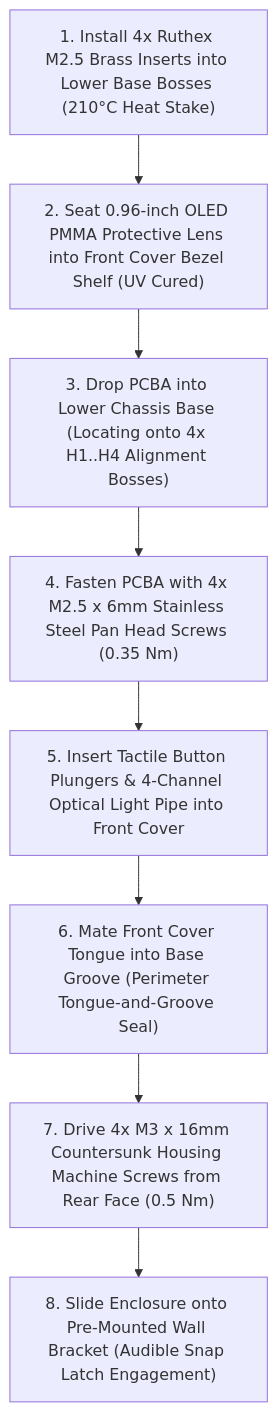
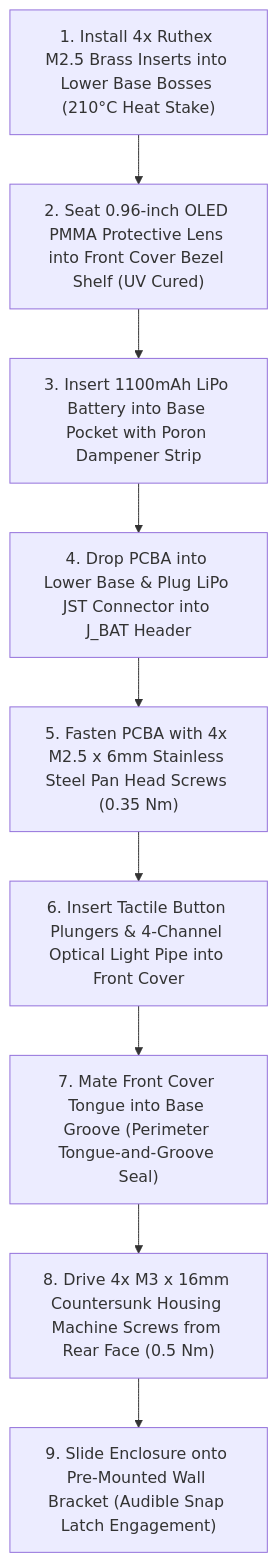
One commit to naoufalelhlou22/co-detector-controller changed the diagram in docs/TOOLING_AND_ASSEMBLY_MANUAL.md. Above: the diagram before and after it, drawn with Mermaid. The commit also changed other lines of this file and 37 other files, not shown here.

Commit message:
feat(rev4): complete PCB and zero-collision enclosure redesign with battery backup (Rev 4.0)

````diff
--- a/docs/TOOLING_AND_ASSEMBLY_MANUAL.md
+++ b/docs/TOOLING_AND_ASSEMBLY_MANUAL.md
@@ -24,13 +25,14 @@
 ```mermaid
 flowchart TD
     Step1["1. Install 4x Ruthex M2.5 Brass Inserts into Lower Base Bosses (210°C Heat Stake)"]
     Step2["2. Seat 0.96-inch OLED PMMA Protective Lens into Front Cover Bezel Shelf (UV Cured)"]
-    Step3["3. Drop PCBA into Lower Chassis Base (Locating onto 4x H1..H4 Alignment Bosses)"]
-    Step4["4. Fasten PCBA with 4x M2.5 x 6mm Stainless Steel Pan Head Screws (0.35 Nm)"]
-    Step5["5. Insert Tactile Button Plungers & 4-Channel Optical Light Pipe into Front Cover"]
-    Step6["6. Mate Front Cover Tongue into Base Groove (Perimeter Tongue-and-Groove Seal)"]
-    Step7["7. Drive 4x M3 x 16mm Countersunk Housing Machine Screws from Rear Face (0.5 Nm)"]
-    Step8["8. Slide Enclosure onto Pre-Mounted Wall Bracket (Audible Snap Latch Engagement)"]
+    Step3["3. Insert 1100mAh LiPo Battery into Base Pocket with Poron Dampener Strip"]
+    Step4["4. Drop PCBA into Lower Base & Plug LiPo JST Connector into J_BAT Header"]
+    Step5["5. Fasten PCBA with 4x M2.5 x 6mm Stainless Steel Pan Head Screws (0.35 Nm)"]
+    Step6["6. Insert Tactile Button Plungers & 4-Channel Optical Light Pipe into Front Cover"]
+    Step7["7. Mate Front Cover Tongue into Base Groove (Perimeter Tongue-and-Groove Seal)"]
+    Step8["8. Drive 4x M3 x 16mm Countersunk Housing Machine Screws from Rear Face (0.5 Nm)"]
+    Step9["9. Slide Enclosure onto Pre-Mounted Wall Bracket (Audible Snap Latch Engagement)"]
 
-    Step1 --> Step2 --> Step3 --> Step4 --> Step5 --> Step6 --> Step7 --> Step8
+    Step1 --> Step2 --> Step3 --> Step4 --> Step5 --> Step6 --> Step7 --> Step8 --> Step9
 ```
````
